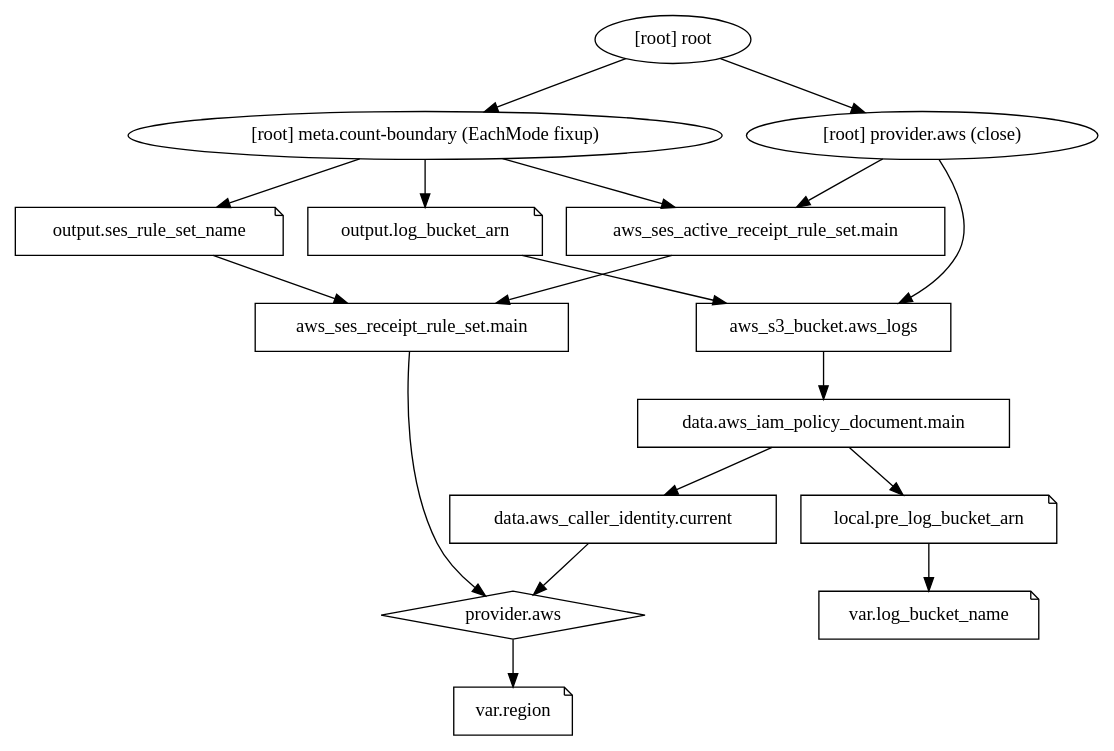
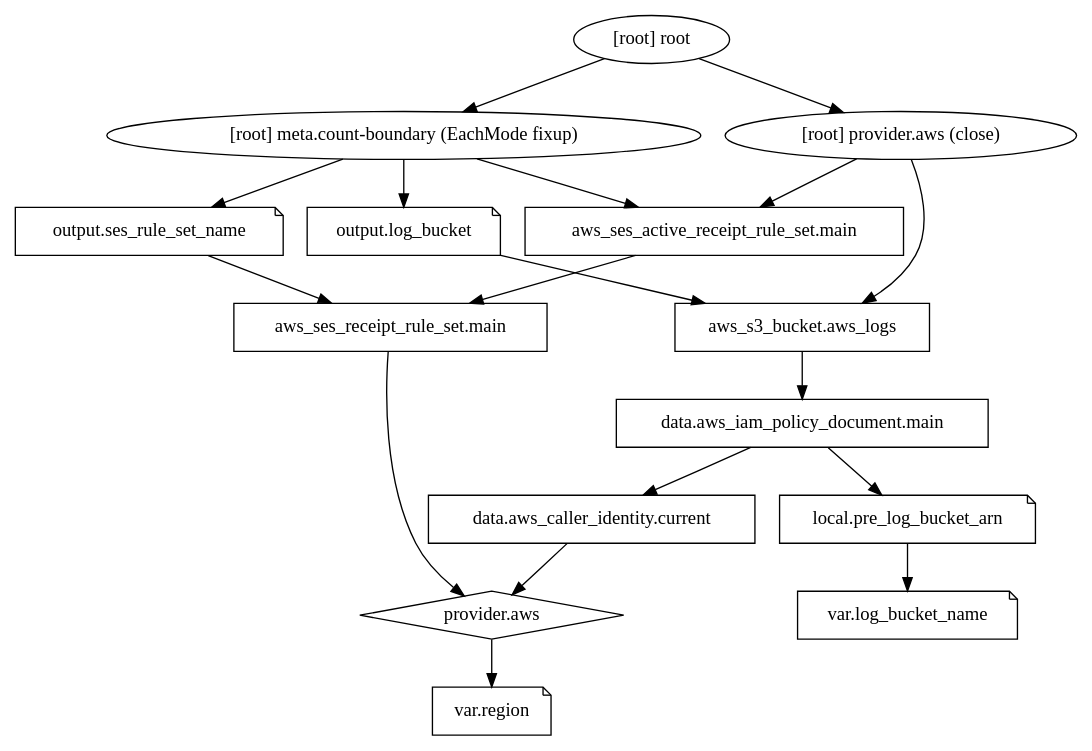
Before and after one commit to grocky/infrastructure: the diagram in account/graph.dot, drawn with Graphviz. The commit also changed 3 other files, not shown here.

Commit message:
output the log bucket id instead of arn

```diff
--- a/account/graph.dot
+++ b/account/graph.dot
@@ -1,34 +1,34 @@
 digraph {
 	compound = "true"
 	newrank = "true"
 	subgraph "root" {
 		"[root] aws_s3_bucket.aws_logs" [label = "aws_s3_bucket.aws_logs", shape = "box"]
 		"[root] aws_ses_active_receipt_rule_set.main" [label = "aws_ses_active_receipt_rule_set.main", shape = "box"]
 		"[root] aws_ses_receipt_rule_set.main" [label = "aws_ses_receipt_rule_set.main", shape = "box"]
 		"[root] data.aws_caller_identity.current" [label = "data.aws_caller_identity.current", shape = "box"]
 		"[root] data.aws_iam_policy_document.main" [label = "data.aws_iam_policy_document.main", shape = "box"]
 		"[root] local.pre_log_bucket_arn" [label = "local.pre_log_bucket_arn", shape = "note"]
-		"[root] output.log_bucket_arn" [label = "output.log_bucket_arn", shape = "note"]
+		"[root] output.log_bucket" [label = "output.log_bucket", shape = "note"]
 		"[root] output.ses_rule_set_name" [label = "output.ses_rule_set_name", shape = "note"]
 		"[root] provider.aws" [label = "provider.aws", shape = "diamond"]
 		"[root] var.log_bucket_name" [label = "var.log_bucket_name", shape = "note"]
 		"[root] var.region" [label = "var.region", shape = "note"]
 		"[root] aws_s3_bucket.aws_logs" -> "[root] data.aws_iam_policy_document.main"
 		"[root] aws_ses_active_receipt_rule_set.main" -> "[root] aws_ses_receipt_rule_set.main"
 		"[root] aws_ses_receipt_rule_set.main" -> "[root] provider.aws"
 		"[root] data.aws_caller_identity.current" -> "[root] provider.aws"
 		"[root] data.aws_iam_policy_document.main" -> "[root] data.aws_caller_identity.current"
 		"[root] data.aws_iam_policy_document.main" -> "[root] local.pre_log_bucket_arn"
 		"[root] local.pre_log_bucket_arn" -> "[root] var.log_bucket_name"
 		"[root] meta.count-boundary (EachMode fixup)" -> "[root] aws_ses_active_receipt_rule_set.main"
-		"[root] meta.count-boundary (EachMode fixup)" -> "[root] output.log_bucket_arn"
+		"[root] meta.count-boundary (EachMode fixup)" -> "[root] output.log_bucket"
 		"[root] meta.count-boundary (EachMode fixup)" -> "[root] output.ses_rule_set_name"
-		"[root] output.log_bucket_arn" -> "[root] aws_s3_bucket.aws_logs"
+		"[root] output.log_bucket" -> "[root] aws_s3_bucket.aws_logs"
 		"[root] output.ses_rule_set_name" -> "[root] aws_ses_receipt_rule_set.main"
 		"[root] provider.aws (close)" -> "[root] aws_s3_bucket.aws_logs"
 		"[root] provider.aws (close)" -> "[root] aws_ses_active_receipt_rule_set.main"
 		"[root] provider.aws" -> "[root] var.region"
 		"[root] root" -> "[root] meta.count-boundary (EachMode fixup)"
 		"[root] root" -> "[root] provider.aws (close)"
 	}
 }
```
